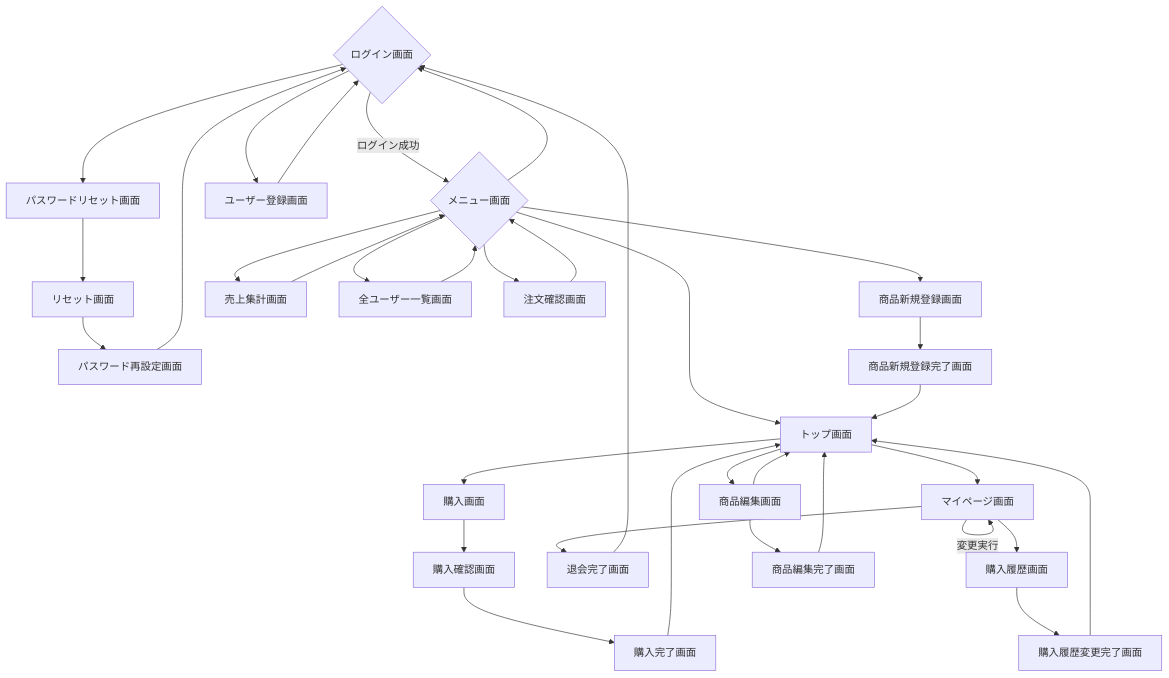
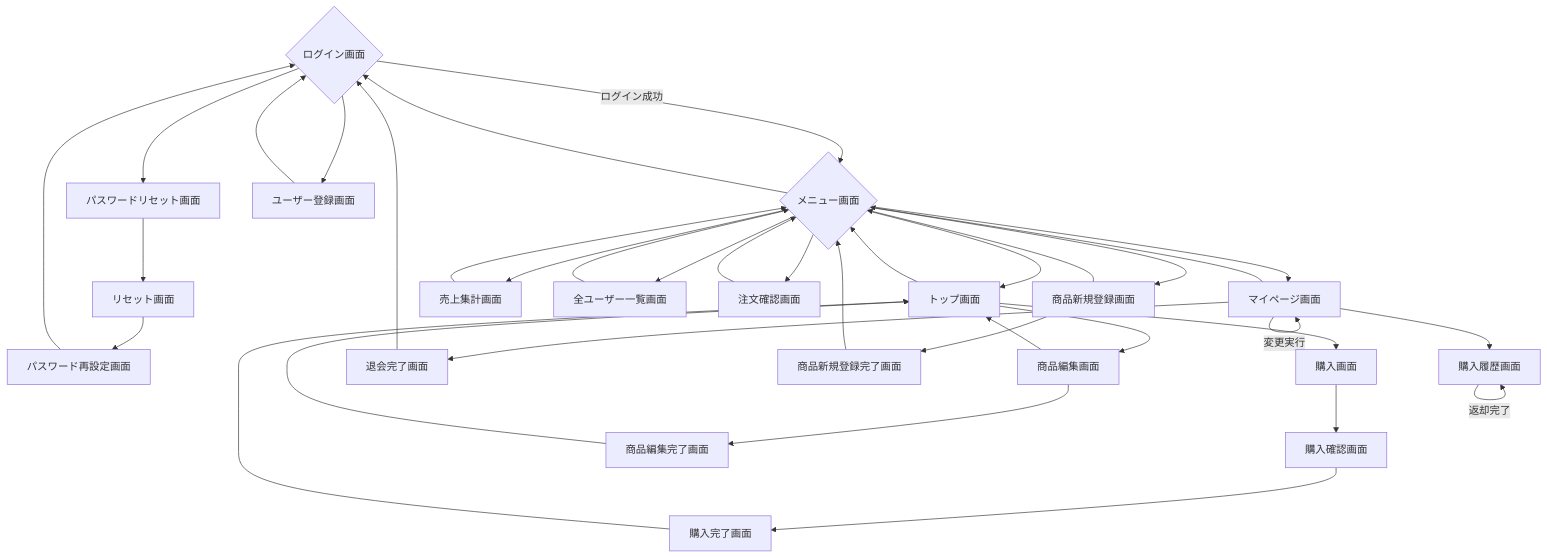
Before and after one commit to namae-mizutani/yuki-mizutani-educure-app: the diagram in 8-4_設計/screen_flow.md, drawn with Mermaid. The commit also changed 5 other files, not shown here.

````diff
--- a/8-4_設計/screen_flow.md
+++ b/8-4_設計/screen_flow.md
@@ -1,40 +1,42 @@
 ```mermaid
 graph TD
     A{ログイン画面} -->|ログイン成功| B{メニュー画面}
     A --> C[パスワードリセット画面]
     C --> U[リセット画面]
     U --> D[パスワード再設定画面]
     A --> E[ユーザー登録画面]
 
     B --> F[トップ画面]
     B --> G[商品新規登録画面]
     B --> H[売上集計画面]
     B --> I[全ユーザー一覧画面]
     B --> J[注文確認画面]
 
     F --> K[購入画面]
-    F --> L[マイページ画面]
+    B --> L[マイページ画面]
     L --> |変更実行|L
     L --> M[購入履歴画面]
-    M --> T[購入履歴変更完了画面]
-    T --> F
+    M --> |返却完了|M
+    L --> B
     L --> N[退会完了画面]
     N --> A
     K --> O[購入確認画面]
     O --> P[購入完了画面]
 
     G --> Q[商品新規登録完了画面]
     F --> R[商品編集画面]
     R --> S[商品編集完了画面]
 
     D --> A
     B --> A
     R --> F
     I --> B
     H --> B
     P --> F
     J --> B
-    Q --> F
+    Q --> B
     S --> F
     E --> A
+    F --> B
+    G --> B
 ```
````
